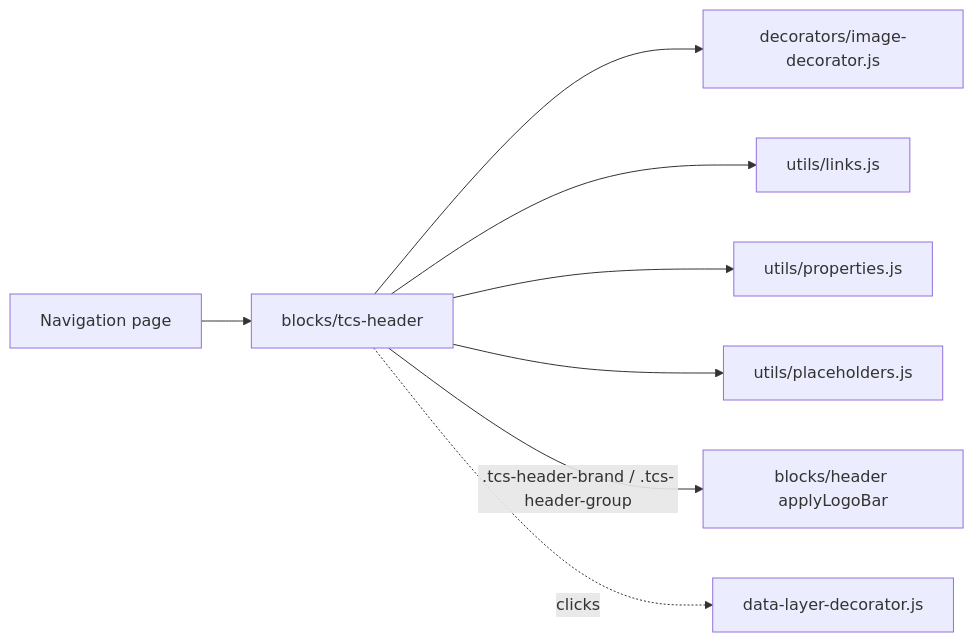
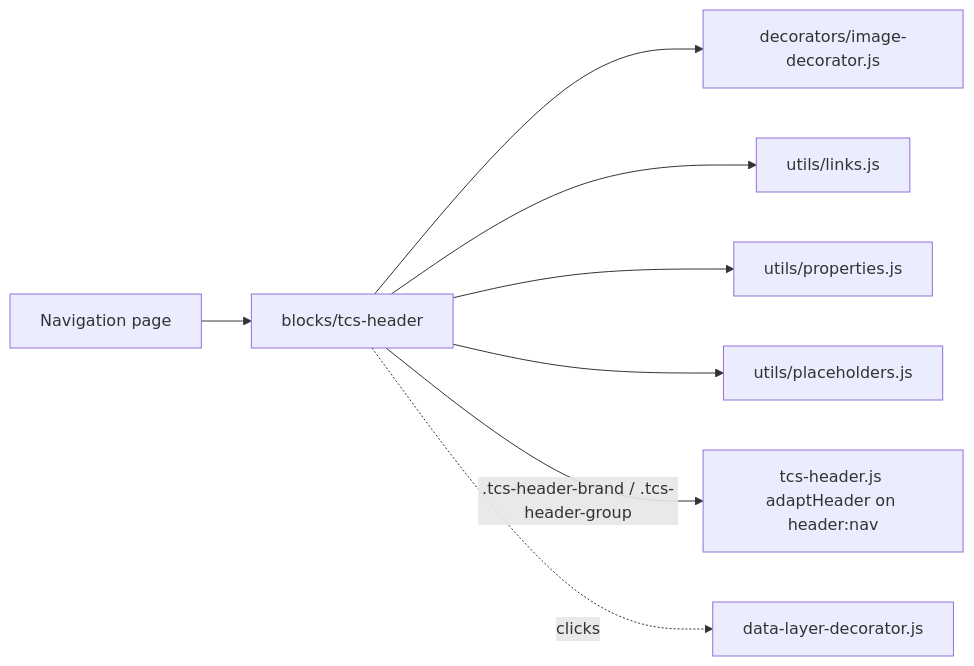
The diagram in blocks/tcs-header/README.md (sradha-tcs/tcs-corp), drawn with Mermaid before and after one commit. The commit also changed other lines of this file and 22 other files, not shown here.

````diff
--- a/blocks/tcs-header/README.md
+++ b/blocks/tcs-header/README.md
@@ -583,10 +596,10 @@
 ```mermaid
 graph LR
   NAV[Navigation page] --> TH[blocks/tcs-header]
   TH --> IMG[decorators/image-decorator.js]
   TH --> LNK[utils/links.js]
   TH --> PROP[utils/properties.js]
   TH --> PH[utils/placeholders.js]
-  TH -- .tcs-header-brand / .tcs-header-group --> H[blocks/header applyLogoBar]
+  TH -- .tcs-header-brand / .tcs-header-group --> H[tcs-header.js adaptHeader on header:nav]
   TH -. clicks .-> DL[data-layer-decorator.js]
 ```
````
